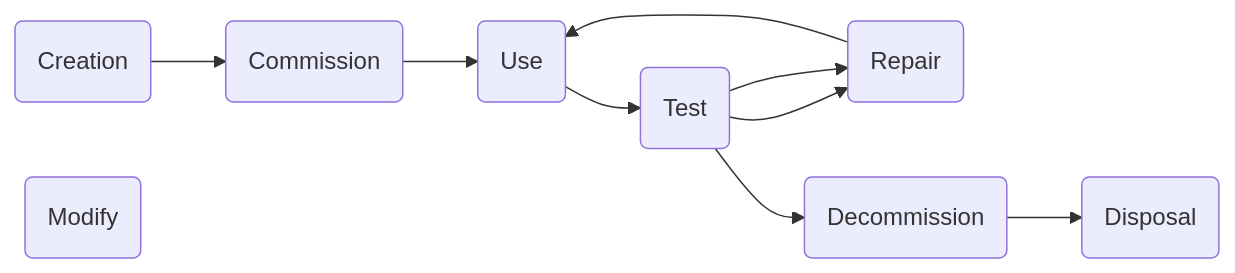
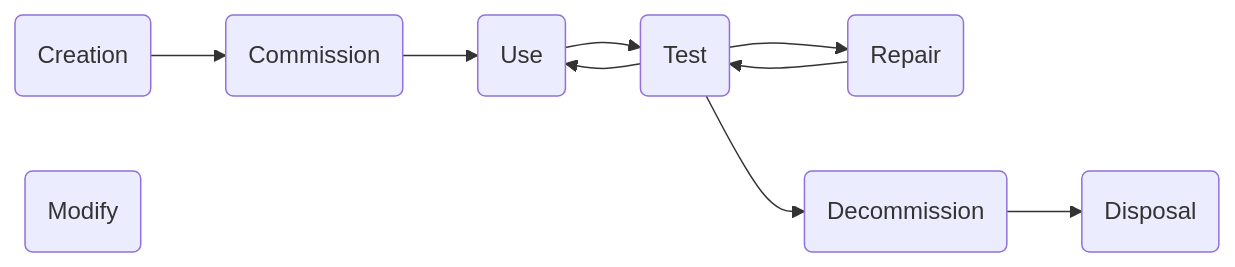
One commit to srobo/kitbook changed the diagram in asset-tracking.md. Above: the diagram before and after it, drawn with Mermaid.

Commit message:
Updates asset-tracking.md
Auto commit by GitBook Editor

```diff
--- a/asset-tracking.md
+++ b/asset-tracking.md
@@ -21,20 +21,20 @@
 {% mermaid %}
 graph LR
   create(Creation)
   commission(Commission)
   use(Use)
   test(Test)
   repair(Repair)
   modify(Modify)
   decommission(Decommission)
   disposal(Disposal)
   
   create-->commission
   commission-->use
   use-->test
   test-->repair
-  test-->repair
-  repair-->use
+  test-->use
+  repair-->test
   test-->decommission
   decommission-->disposal
 {% endmermaid %}
```
